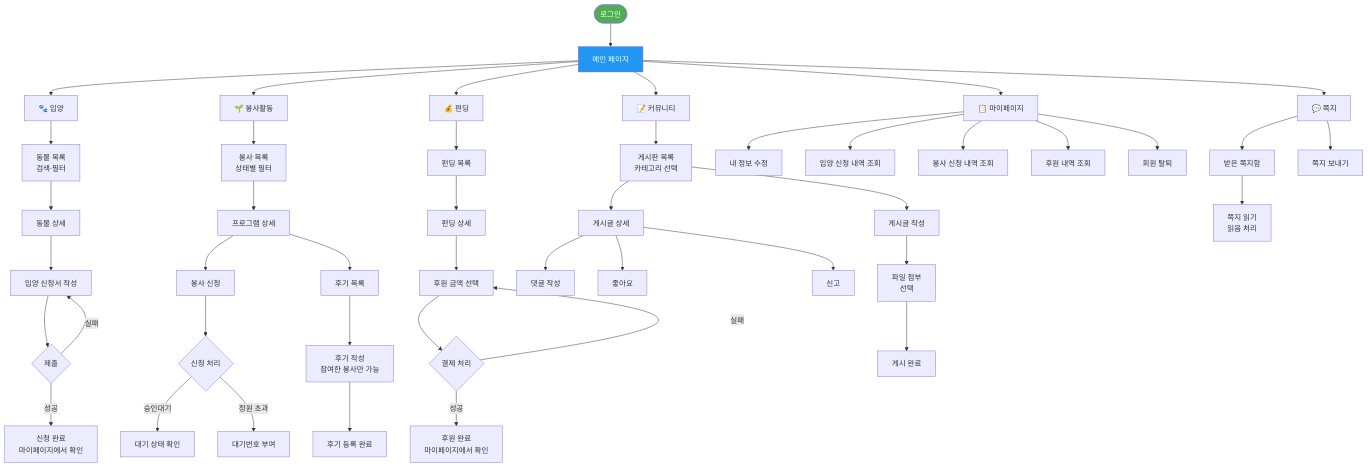
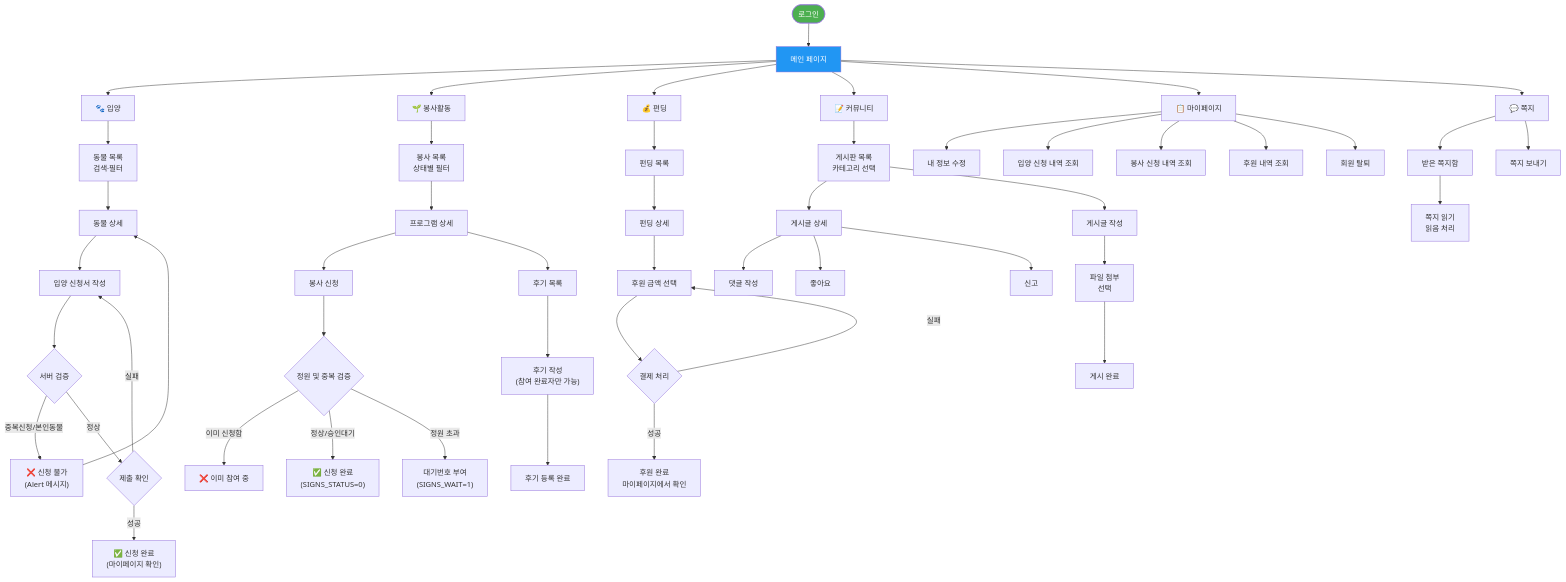
The second of 7 diagrams in userflow.md (KJH-Portfolio/202511-stray-dog-volunteer), drawn with Mermaid before and after one commit. The commit also changed other lines of this file and 11 other files, not shown here.

````diff
--- a/userflow.md
+++ b/userflow.md
@@ -70,63 +73,67 @@
 ```mermaid
 flowchart TD
     START([로그인]) --> MAIN[메인 페이지]
 
     MAIN --> M1["🐾 입양"]
     MAIN --> M2["🌱 봉사활동"]
     MAIN --> M3["💰 펀딩"]
     MAIN --> M4["📝 커뮤니티"]
     MAIN --> M5["📋 마이페이지"]
     MAIN --> M6["💬 쪽지"]
 
     %% ── 입양 ──
     M1 --> A1[동물 목록\n검색·필터]
     A1 --> A2[동물 상세]
     A2 --> A3[입양 신청서 작성]
-    A3 --> A4{제출}
-    A4 -->|성공| A5[신청 완료\n마이페이지에서 확인]
-    A4 -->|실패| A3
+    A3 --> A4{서버 검증}
+    A4 -->|중복신청/본인동물| AERR["❌ 신청 불가\n(Alert 메시지)"]
+    A4 -->|정상| A5{제출 확인}
+    A5 -->|성공| A6["✅ 신청 완료\n(마이페이지 확인)"]
+    A5 -->|실패| A3
+    AERR --> A2
 
     %% ── 봉사활동 ──
     M2 --> V1[봉사 목록\n상태별 필터]
     V1 --> V2[프로그램 상세]
     V2 --> V3[봉사 신청]
-    V3 --> V4{신청 처리}
-    V4 -->|승인대기| V5[대기 상태 확인]
-    V4 -->|정원 초과| V6[대기번호 부여]
+    V3 --> V4{정원 및 중복 검증}
+    V4 -->|이미 신청함| VERR["❌ 이미 참여 중"]
+    V4 -->|정상/승인대기| V5["✅ 신청 완료\n(SIGNS_STATUS=0)"]
+    V4 -->|정원 초과| V6["대기번호 부여\n(SIGNS_WAIT=1)"]
     V2 --> V7[후기 목록]
-    V7 --> V8[후기 작성\n참여한 봉사만 가능]
+    V7 --> V8["후기 작성\n(참여 완료자만 가능)"]
     V8 --> V9[후기 등록 완료]
 
     %% ── 펀딩 ──
     M3 --> F1[펀딩 목록]
     F1 --> F2[펀딩 상세]
     F2 --> F3[후원 금액 선택]
     F3 --> F4{결제 처리}
     F4 -->|성공| F5[후원 완료\n마이페이지에서 확인]
     F4 -->|실패| F3
 
     %% ── 커뮤니티 ──
     M4 --> C1[게시판 목록\n카테고리 선택]
     C1 --> C2[게시글 상세]
     C2 --> C3[댓글 작성]
     C2 --> C4[좋아요]
     C2 --> C5[신고]
     C1 --> C6[게시글 작성]
     C6 --> C7[파일 첨부\n선택]
     C7 --> C8[게시 완료]
 
     %% ── 마이페이지 ──
     M5 --> MY1[내 정보 수정]
     M5 --> MY2[입양 신청 내역 조회]
     M5 --> MY3[봉사 신청 내역 조회]
     M5 --> MY4[후원 내역 조회]
     M5 --> MY5[회원 탈퇴]
 
     %% ── 쪽지 ──
     M6 --> MSG1[받은 쪽지함]
     M6 --> MSG2[쪽지 보내기]
     MSG1 --> MSG3[쪽지 읽기\n읽음 처리]
 
     style START fill:#4CAF50,color:#fff
     style MAIN fill:#2196F3,color:#fff
 ```
````
